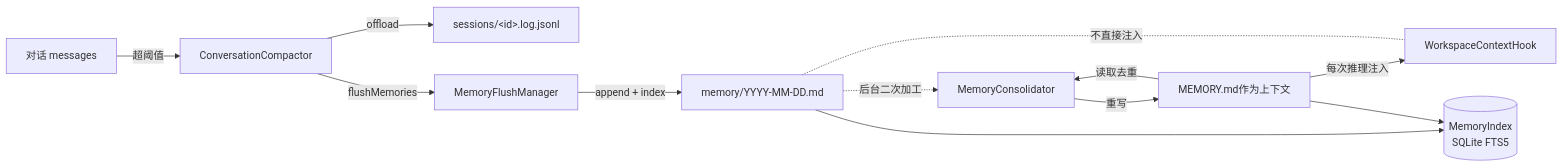
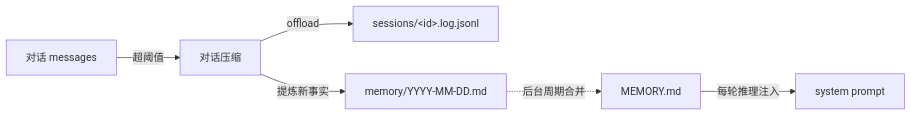
Before and after one commit to nexora-dev200/agentscope-java: the diagram in docs/v2/zh/docs/harness/memory.md, drawn with Mermaid. The commit also changed other lines of this file and 135 other files, not shown here.

````diff
--- a/docs/v2/zh/docs/harness/memory.md
+++ b/docs/v2/zh/docs/harness/memory.md
@@ -21,14 +21,8 @@
 ```{mermaid}
 graph LR
-    Conv[对话 messages] -->|超阈值| Compactor[ConversationCompactor]
-    Compactor -->|offload| Sess[sessions/&lt;id&gt;.log.jsonl]
-    Compactor -->|flushMemories| Flush[MemoryFlushManager]
-    Flush -->|append + index| Daily[memory/YYYY-MM-DD.md]
-    Daily -. 后台二次加工 .-> Cons[MemoryConsolidator]
-    MEM[MEMORY.md作为上下文] -->|读取去重| Cons
-    Cons -->|重写| MEM
-    MEM -->|每次推理注入| Hook[WorkspaceContextHook]
-    Daily -.不直接注入.- Hook
-    Daily --> Idx[(MemoryIndex<br/>SQLite FTS5)]
-    MEM --> Idx
+    Conv["对话 messages"] -->|超阈值| Compactor["对话压缩"]
+    Compactor -->|offload| Sess["sessions/&lt;id&gt;.log.jsonl"]
+    Compactor -->|提炼新事实| Daily["memory/YYYY-MM-DD.md"]
+    Daily -. 后台周期合并 .-> MEM["MEMORY.md"]
+    MEM -->|每轮推理注入| SYS["system prompt"]
 ```
````
